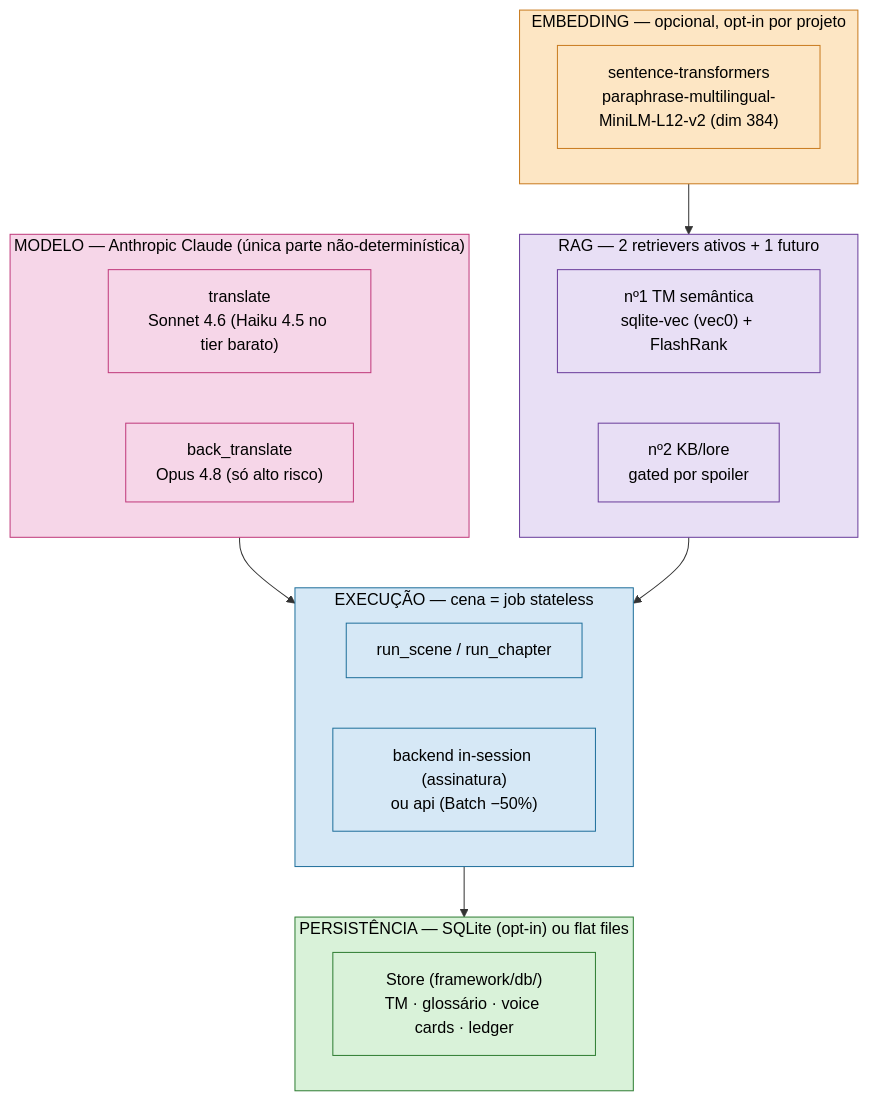
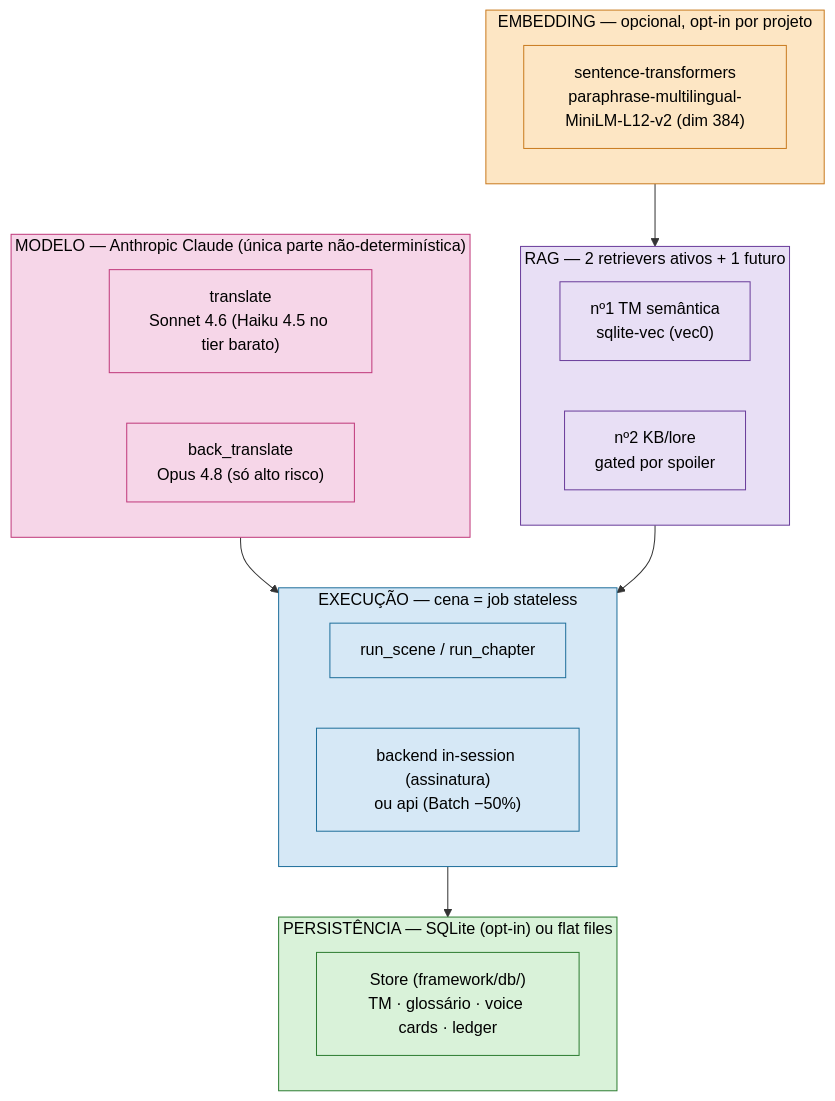
The first of 2 diagrams in docs/STACK.md (scudellerlemos/translation-cognition-framework), drawn with Mermaid before and after one commit. The commit also changed other lines of this file and 3 other files, not shown here.

Commit message:
docs: arquitetura do RAG (RAG_ARCHITECTURE.md) e laco de reuso em execucao no STACK.md

````diff
--- a/docs/STACK.md
+++ b/docs/STACK.md
@@ -7,38 +7,38 @@
 ```mermaid
 flowchart TB
   subgraph model["MODELO — Anthropic Claude (única parte não-determinística)"]
     direction LR
     m1["translate<br/>Sonnet 4.6 (Haiku 4.5 no tier barato)"]
     m2["back_translate<br/>Opus 4.8 (só alto risco)"]
   end
   subgraph embed["EMBEDDING — opcional, opt-in por projeto"]
     m3["sentence-transformers<br/>paraphrase-multilingual-MiniLM-L12-v2 (dim 384)"]
   end
   subgraph rag["RAG — 2 retrievers ativos + 1 futuro"]
     direction LR
-    r1["nº1 TM semântica<br/>sqlite-vec (vec0) + FlashRank"]
+    r1["nº1 TM semântica<br/>sqlite-vec (vec0)"]
     r2["nº2 KB/lore<br/>gated por spoiler"]
   end
   subgraph exec["EXECUÇÃO — cena = job stateless"]
     direction LR
     e1["run_scene / run_chapter"]
     e2["backend in-session (assinatura)<br/>ou api (Batch −50%)"]
   end
   subgraph store["PERSISTÊNCIA — SQLite (opt-in) ou flat files"]
     s1["Store (framework/db/)<br/>TM · glossário · voice cards · ledger"]
   end
   model --> exec
   embed --> rag
   rag --> exec
   exec --> store
   classDef mod fill:#f6d6e8,stroke:#c0397b,color:#000;
   classDef emb fill:#fde6c4,stroke:#c97b1f,color:#000;
   classDef rg fill:#e8dff5,stroke:#6a3d9b,color:#000;
   classDef ex fill:#d6e8f6,stroke:#1f6f9b,color:#000;
   classDef st fill:#d9f2d9,stroke:#2e7d32,color:#000;
   class model,m1,m2 mod;
   class embed,m3 emb;
   class rag,r1,r2 rg;
   class exec,e1,e2 ex;
   class store,s1 st;
 ```
````
